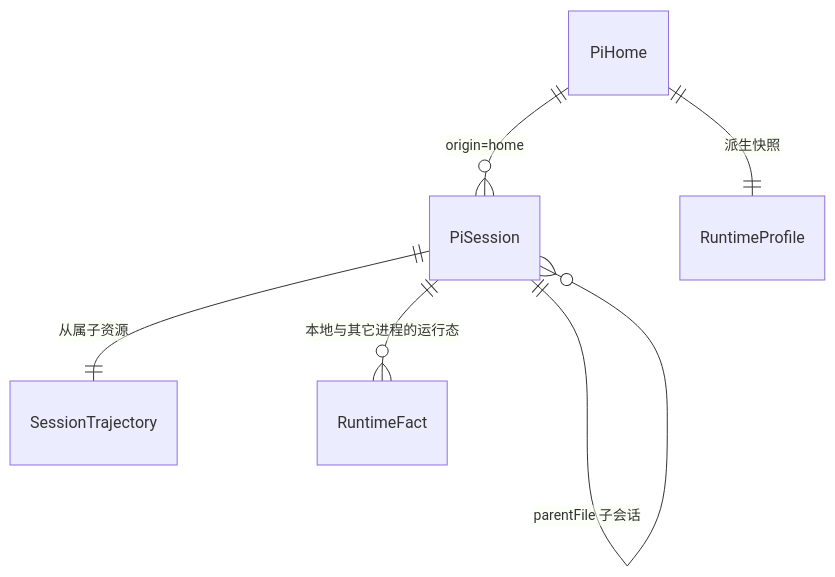
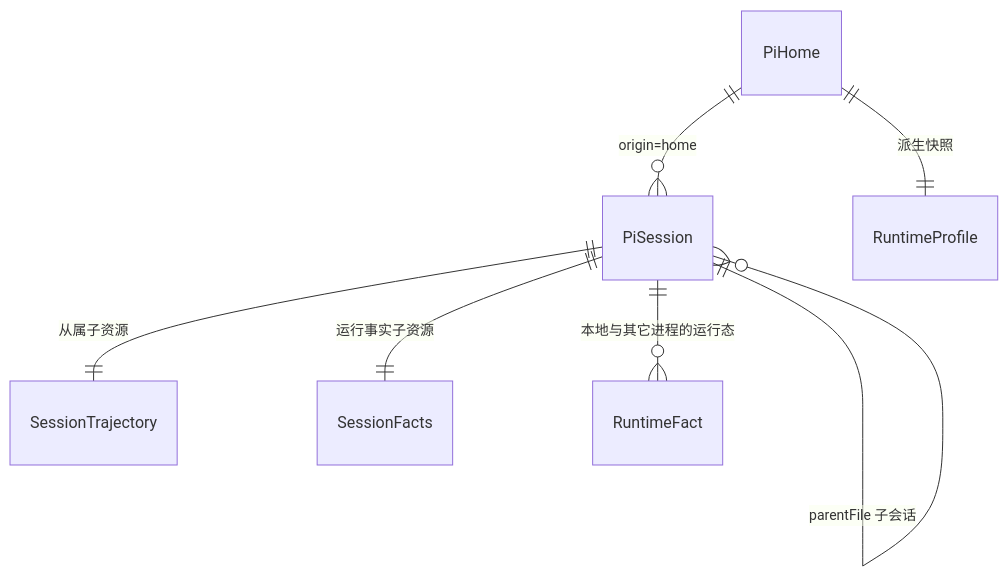
Before and after one commit to JhihJian/ursi-flow: the first of 3 diagrams in docs/design/pi-web/OVERVIEW.md, drawn with Mermaid. The commit also changed other lines of this file and 5 other files, not shown here.

Commit message:
pi-web：文档同步四域重构，facts 文件缺失按 session_absent 报

````diff
--- a/docs/design/pi-web/OVERVIEW.md
+++ b/docs/design/pi-web/OVERVIEW.md
@@ -22,8 +22,9 @@
 ```mermaid
 erDiagram
   PiHome ||--o{ PiSession : "origin=home"
   PiHome ||--|| RuntimeProfile : "派生快照"
   PiSession ||--|| SessionTrajectory : "从属子资源"
+  PiSession ||--|| SessionFacts : "运行事实子资源"
   PiSession ||--o{ RuntimeFact : "本地与其它进程的运行态"
   PiSession ||--o{ PiSession : "parentFile 子会话"
 ```
````
